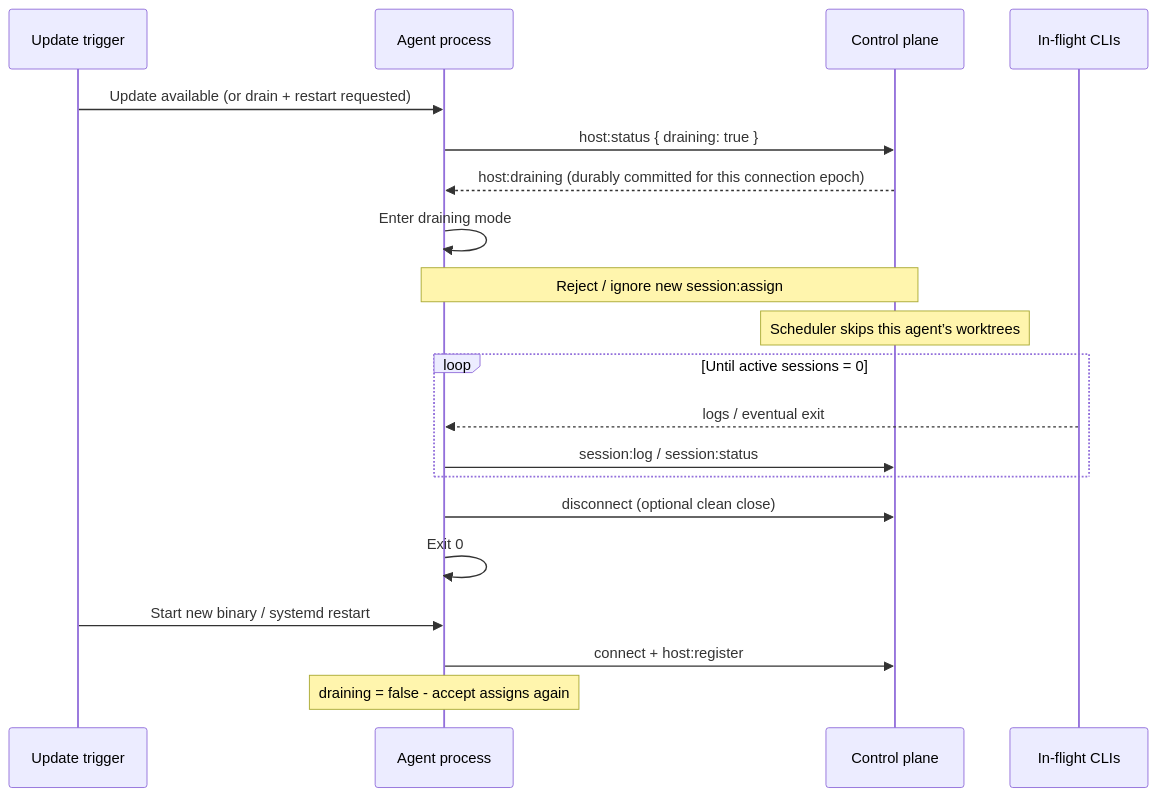
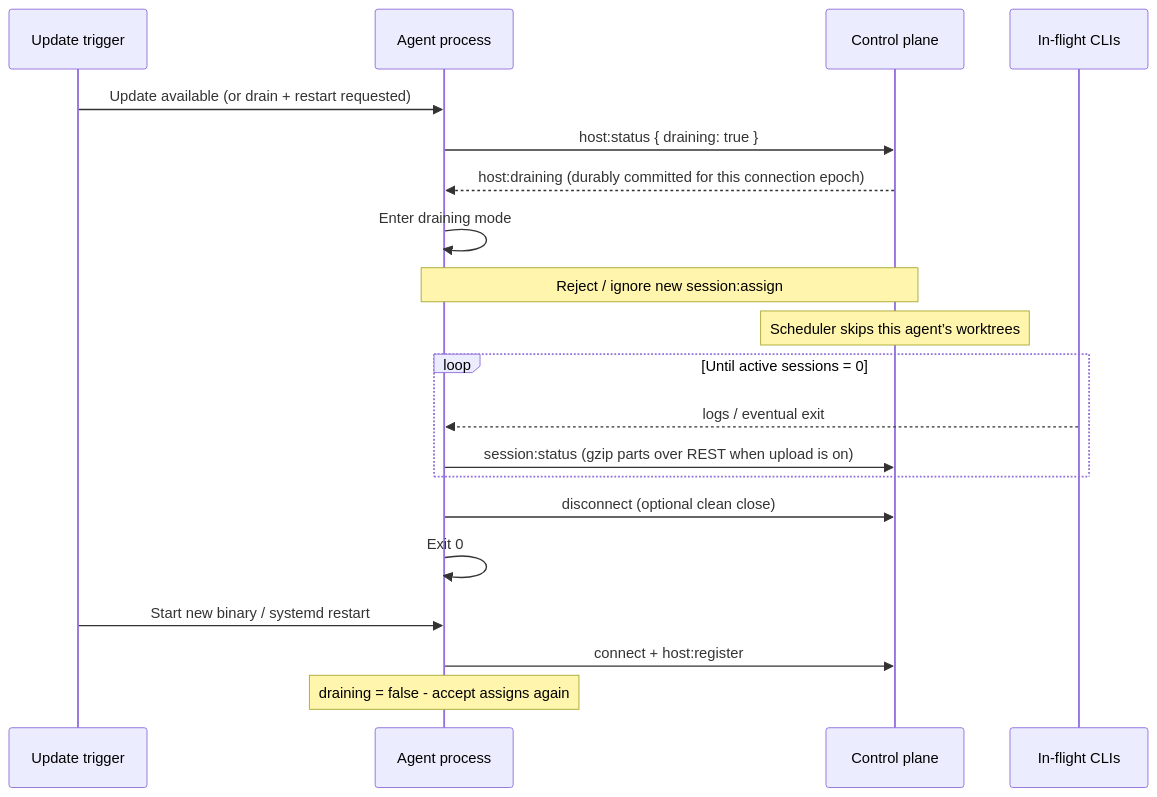
Before and after one commit to jonathanong/auto-harness: the fifth of 5 diagrams in docs/host-daemon.md, drawn with Mermaid. The commit also changed other lines of this file and 11 other files, not shown here.

First line of the commit message:
docs: align plan with S3 gzip session logs

````diff
--- a/docs/host-daemon.md
+++ b/docs/host-daemon.md
@@ -959,25 +963,25 @@
 ```mermaid
 sequenceDiagram
     participant Updater as Update trigger
     participant Agent as Agent process
     participant AWS as Control plane
     participant CLI as In-flight CLIs
 
     Updater->>Agent: Update available (or drain + restart requested)
     Agent->>AWS: host:status { draining: true }
     AWS-->>Agent: host:draining (durably committed for this connection epoch)
     Agent->>Agent: Enter draining mode
     Note over Agent,AWS: Reject / ignore new session:assign
     Note over AWS: Scheduler skips this agent’s worktrees
 
     loop Until active sessions = 0
         CLI-->>Agent: logs / eventual exit
-        Agent->>AWS: session:log / session:status
+        Agent->>AWS: session:status (gzip parts over REST when upload is on)
     end
 
     Agent->>AWS: disconnect (optional clean close)
     Agent->>Agent: Exit 0
     Updater->>Agent: Start new binary / systemd restart
     Agent->>AWS: connect + host:register
     Note over Agent: draining = false - accept assigns again
 ```
````
